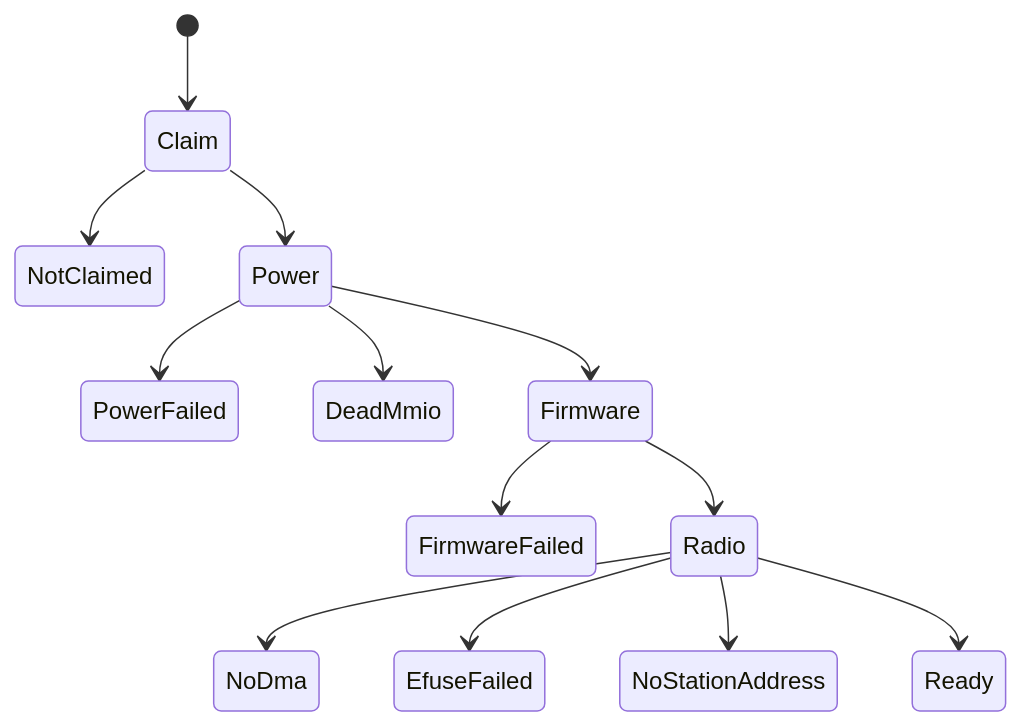
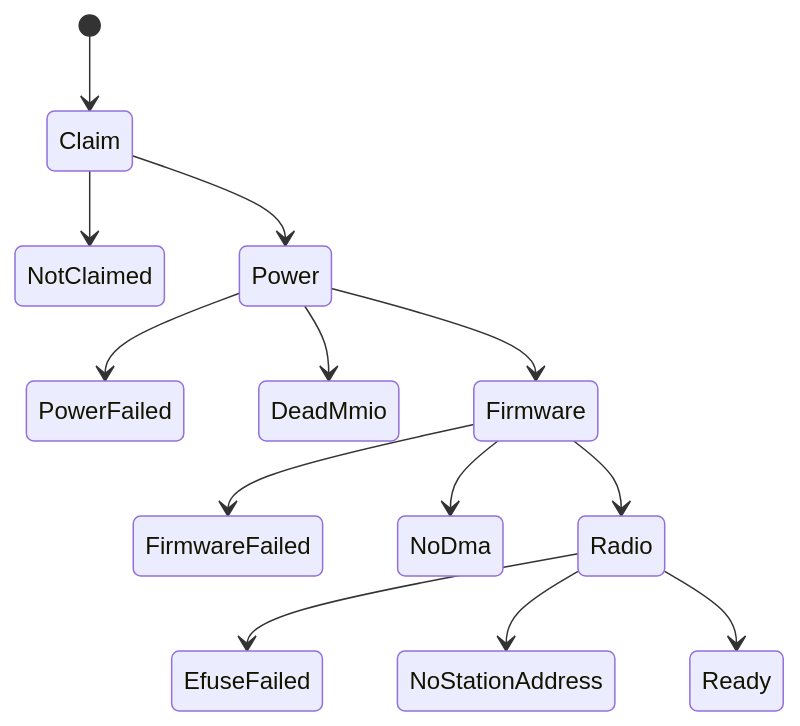
One commit to NON-OS/microkernel changed the diagram in docs/drivers/wifi/rtl8821ce/bring-up.md. Above: the diagram before and after it, drawn with Mermaid. The commit also changed other lines of this file and 6 other files, not shown here.

````diff
--- a/docs/drivers/wifi/rtl8821ce/bring-up.md
+++ b/docs/drivers/wifi/rtl8821ce/bring-up.md
@@ -3,15 +3,15 @@
 ```mermaid
 stateDiagram-v2
   [*] --> Claim
   Claim --> NotClaimed
   Claim --> Power
   Power --> PowerFailed
   Power --> DeadMmio
   Power --> Firmware
   Firmware --> FirmwareFailed
+  Firmware --> NoDma
   Firmware --> Radio
-  Radio --> NoDma
   Radio --> EfuseFailed
   Radio --> NoStationAddress
   Radio --> Ready
 ```
````
